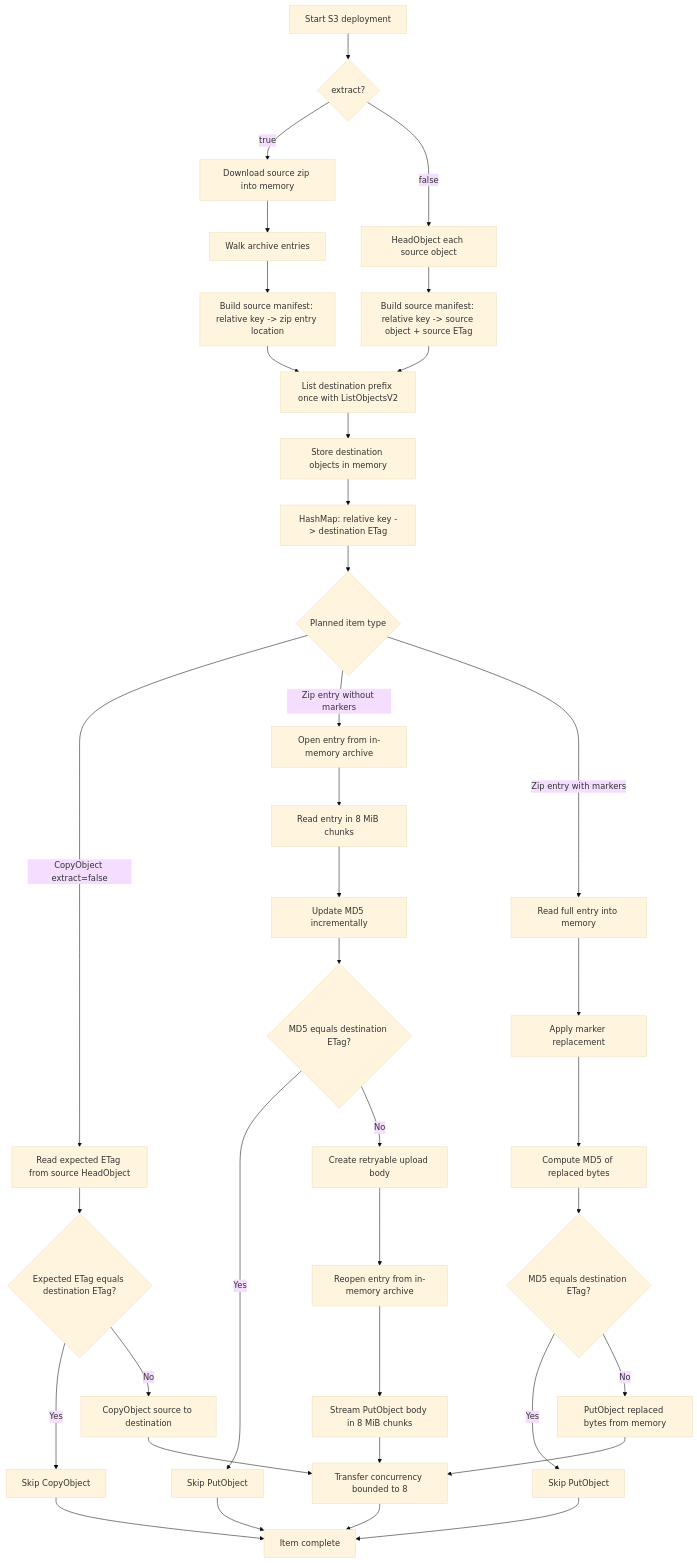
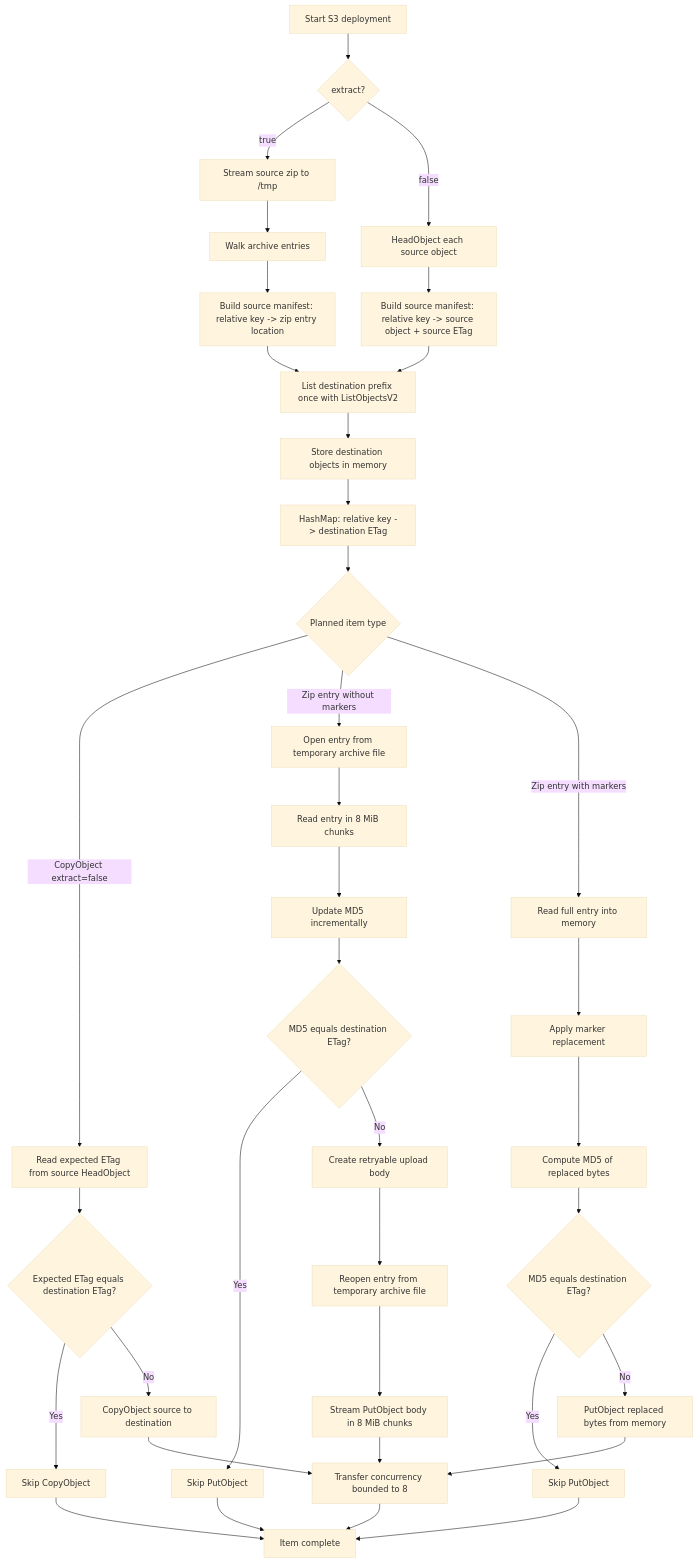
Before and after one commit to garysassano/shin-bucket-deployment: the fourth of 4 diagrams in docs/lambda-workflow.md, drawn with Mermaid (base theme). The commit also changed other lines of this file and 3 other files, not shown here.

Commit message:
refactor: stream source zip to /tmp instead of memory

````diff
--- a/docs/lambda-workflow.md
+++ b/docs/lambda-workflow.md
@@ -165,46 +165,46 @@
 ```mermaid
 flowchart TD
   A["Start S3 deployment"] --> B{"extract?"}
 
-  B -->|true| C["Download source zip into memory"]
+  B -->|true| C["Stream source zip to /tmp"]
   C --> D["Walk archive entries"]
   D --> E["Build source manifest: relative key -> zip entry location"]
 
   B -->|false| F["HeadObject each source object"]
   F --> G["Build source manifest: relative key -> source object + source ETag"]
 
   E --> H["List destination prefix once with ListObjectsV2"]
   G --> H
   H --> I["Store destination objects in memory"]
   I --> J["HashMap: relative key -> destination ETag"]
   J --> K{"Planned item type"}
 
   K -->|CopyObject extract=false| L["Read expected ETag from source HeadObject"]
   L --> M{"Expected ETag equals destination ETag?"}
   M -->|Yes| N["Skip CopyObject"]
   M -->|No| O["CopyObject source to destination"]
 
-  K -->|Zip entry without markers| P["Open entry from in-memory archive"]
+  K -->|Zip entry without markers| P["Open entry from temporary archive file"]
   P --> Q["Read entry in 8 MiB chunks"]
   Q --> R["Update MD5 incrementally"]
   R --> S{"MD5 equals destination ETag?"}
   S -->|Yes| T["Skip PutObject"]
   S -->|No| U["Create retryable upload body"]
-  U --> V["Reopen entry from in-memory archive"]
+  U --> V["Reopen entry from temporary archive file"]
   V --> W["Stream PutObject body in 8 MiB chunks"]
 
   K -->|Zip entry with markers| X["Read full entry into memory"]
   X --> Y["Apply marker replacement"]
   Y --> Z["Compute MD5 of replaced bytes"]
   Z --> AA{"MD5 equals destination ETag?"}
   AA -->|Yes| AB["Skip PutObject"]
   AA -->|No| AC["PutObject replaced bytes from memory"]
 
   O --> AD["Transfer concurrency bounded to 8"]
   W --> AD
   AC --> AD
   N --> AE["Item complete"]
   T --> AE
   AB --> AE
   AD --> AE
 ```
````
